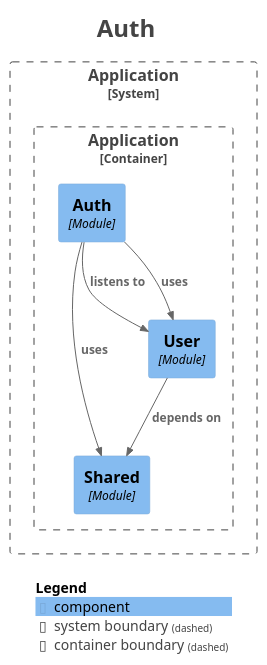
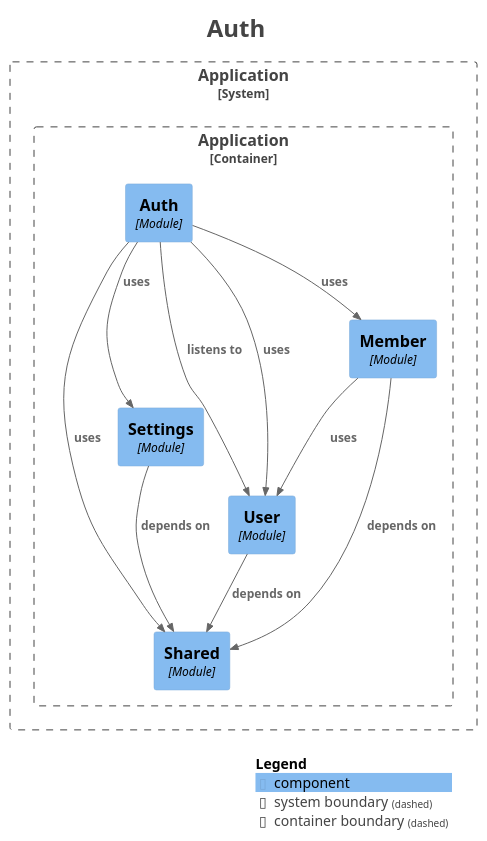
The diagram in backend/docs/modulith/module-auth.puml (kanghouchao/Kizuna), drawn with PlantUML before and after one commit. The commit also changed 28 other files, not shown here.

```diff
--- a/backend/docs/modulith/module-auth.puml
+++ b/backend/docs/modulith/module-auth.puml
@@ -1,34 +1,41 @@
 @startuml
 title <size:24>Auth</size>
 
 set separator none
 top to bottom direction
 
 <style>
   root {
     BackgroundColor: #ffffff
     FontColor: #444444
   }
 </style>
 
 !include <C4/C4>
 !include <C4/C4_Context>
 !include <C4/C4_Component>
 
 System_Boundary("Application_boundary", "Application", $tags="") {
   Container_Boundary("Application.Application_boundary", "Application", $tags="") {
+    Component(Application.Application.Auth, "Auth", $techn="Module", $descr="", $tags="", $link="")
     Component(Application.Application.Shared, "Shared", $techn="Module", $descr="", $tags="", $link="")
+    Component(Application.Application.Settings, "Settings", $techn="Module", $descr="", $tags="", $link="")
     Component(Application.Application.User, "User", $techn="Module", $descr="", $tags="", $link="")
-    Component(Application.Application.Auth, "Auth", $techn="Module", $descr="", $tags="", $link="")
+    Component(Application.Application.Member, "Member", $techn="Module", $descr="", $tags="", $link="")
   }
 
 }
 
+Rel(Application.Application.User, Application.Application.Shared, "depends on", $techn="", $tags="", $link="")
+Rel(Application.Application.Settings, Application.Application.Shared, "depends on", $techn="", $tags="", $link="")
+Rel(Application.Application.Member, Application.Application.Shared, "depends on", $techn="", $tags="", $link="")
+Rel(Application.Application.Member, Application.Application.User, "uses", $techn="", $tags="", $link="")
 Rel(Application.Application.Auth, Application.Application.User, "listens to", $techn="", $tags="", $link="")
 Rel(Application.Application.Auth, Application.Application.User, "uses", $techn="", $tags="", $link="")
+Rel(Application.Application.Auth, Application.Application.Member, "uses", $techn="", $tags="", $link="")
 Rel(Application.Application.Auth, Application.Application.Shared, "uses", $techn="", $tags="", $link="")
-Rel(Application.Application.User, Application.Application.Shared, "depends on", $techn="", $tags="", $link="")
+Rel(Application.Application.Auth, Application.Application.Settings, "uses", $techn="", $tags="", $link="")
 
 SHOW_LEGEND(true)
 hide stereotypes
 @enduml
```
